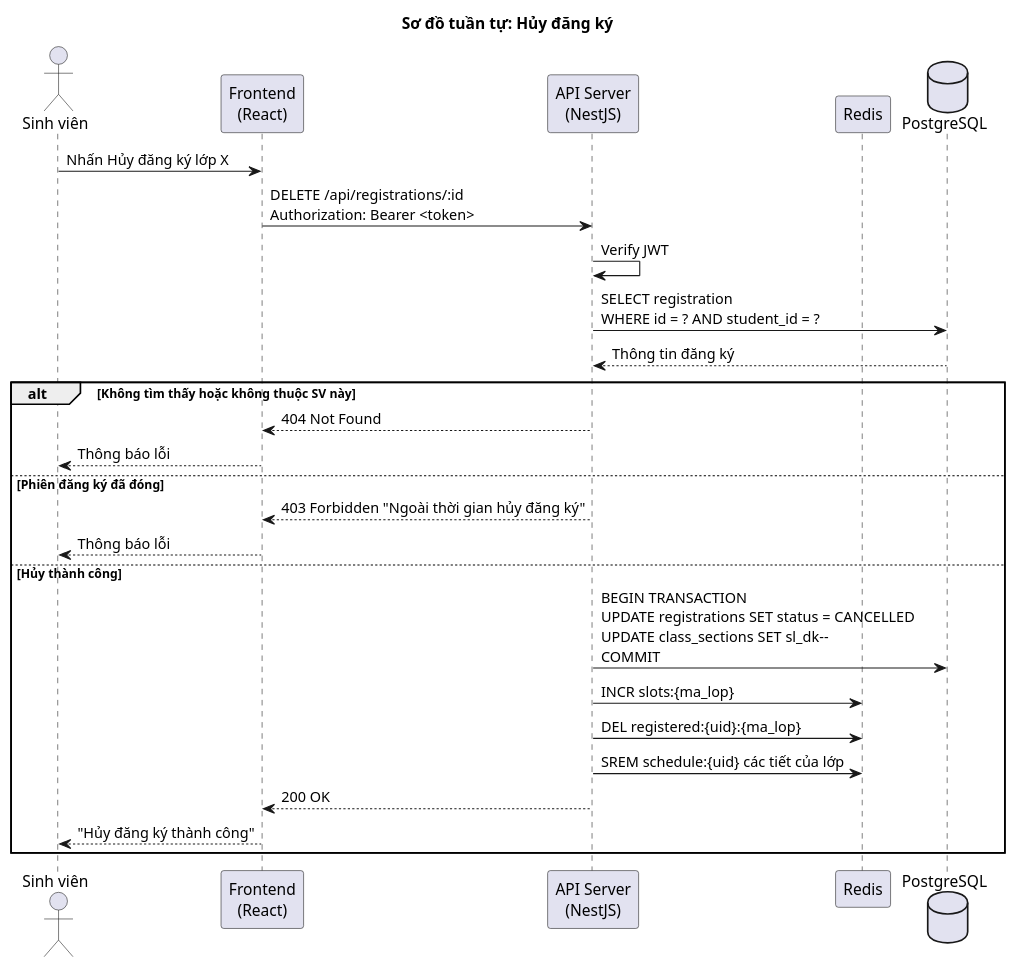
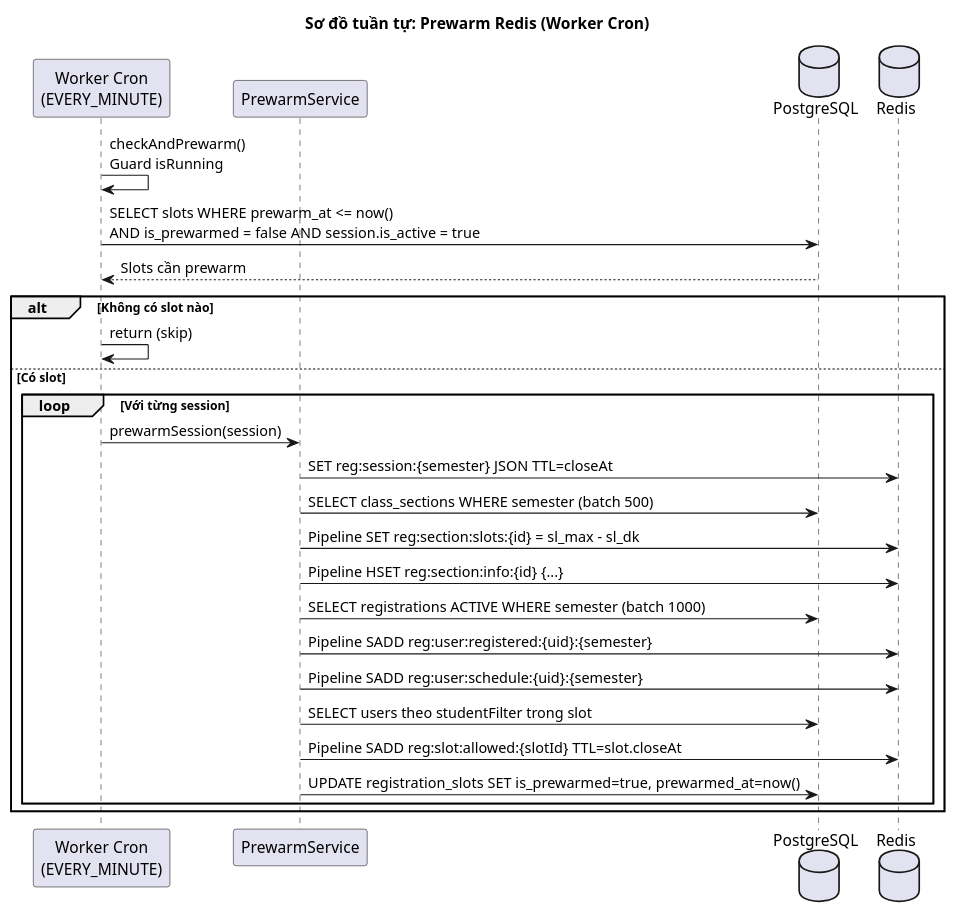
The fifth of 8 diagrams in docs/doc/sequence-diagrams.md (huyhuyqazwsx/do_an_tot_nghiep), drawn with PlantUML before and after one commit. The commit also changed other lines of this file and 99 other files, not shown here.

First line of the commit message:
feat: refactor architecture, add scheduler app and mail module

````diff
--- a/docs/doc/sequence-diagrams.md
+++ b/docs/doc/sequence-diagrams.md
@@ -192,35 +232,35 @@
 ```plantuml
-@startuml SD_HuyDangKy
-title Sơ đồ tuần tự: Hủy đăng ký
+@startuml SD_Prewarm
+title Sơ đồ tuần tự: Prewarm Redis (Worker Cron)
 
-actor "Sinh viên" as SV
-participant "Frontend\n(React)" as FE
-participant "API Server\n(NestJS)" as API
-participant "Redis" as Redis
+participant "Worker Cron\n(EVERY_MINUTE)" as Cron
+participant "PrewarmService" as PS
 database "PostgreSQL" as DB
+database "Redis" as Redis
 
-SV -> FE : Nhấn Hủy đăng ký lớp X
-FE -> API : DELETE /api/registrations/:id\nAuthorization: Bearer <token>
+Cron -> Cron : checkAndPrewarm()\nGuard isRunning
 
-API -> API : Verify JWT
+Cron -> DB : SELECT slots WHERE prewarm_at <= now()\nAND is_prewarmed = false AND session.is_active = true
+DB --> Cron : Slots cần prewarm
 
-API -> DB : SELECT registration\nWHERE id = ? AND student_id = ?
-DB --> API : Thông tin đăng ký
+alt Không có slot nào
+    Cron -> Cron : return (skip)
+else Có slot
+    loop Với từng session
+        Cron -> PS : prewarmSession(session)
 
-alt Không tìm thấy hoặc không thuộc SV này
-    API --> FE : 404 Not Found
-    FE --> SV : Thông báo lỗi
-else Phiên đăng ký đã đóng
-    API --> FE : 403 Forbidden "Ngoài thời gian hủy đăng ký"
-    FE --> SV : Thông báo lỗi
-else Hủy thành công
-    API -> DB : BEGIN TRANSACTION\nUPDATE registrations SET status = CANCELLED\nUPDATE class_sections SET sl_dk--\nCOMMIT
-    API -> Redis : INCR slots:{ma_lop}
-    API -> Redis : DEL registered:{uid}:{ma_lop}
-    API -> Redis : SREM schedule:{uid} các tiết của lớp
-    API --> FE : 200 OK
-    FE --> SV : "Hủy đăng ký thành công"
+        PS -> Redis : SET reg:session:{semester} JSON TTL=closeAt
+        PS -> DB : SELECT class_sections WHERE semester (batch 500)
+        PS -> Redis : Pipeline SET reg:section:slots:{id} = sl_max - sl_dk
+        PS -> Redis : Pipeline HSET reg:section:info:{id} {...}
+        PS -> DB : SELECT registrations ACTIVE WHERE semester (batch 1000)
+        PS -> Redis : Pipeline SADD reg:user:registered:{uid}:{semester}
+        PS -> Redis : Pipeline SADD reg:user:schedule:{uid}:{semester}
+        PS -> DB : SELECT users theo studentFilter trong slot
+        PS -> Redis : Pipeline SADD reg:slot:allowed:{slotId} TTL=slot.closeAt
+        PS -> DB : UPDATE registration_slots SET is_prewarmed=true, prewarmed_at=now()
+    end
 end
 
 @enduml
 ```
````
